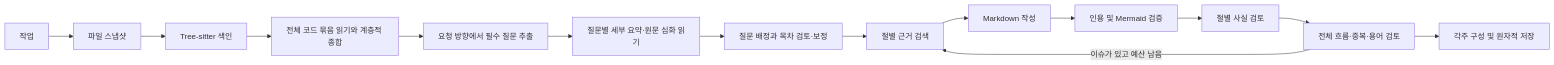
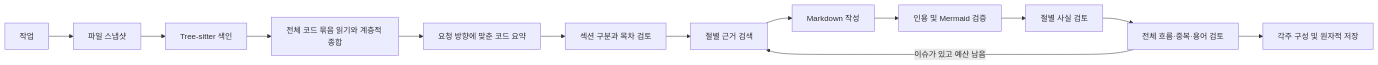
One commit to letspurify-ux/DocCraftAgent changed the diagram in docs/architecture.md. Above: the diagram before and after it, drawn with Mermaid. The commit also changed other lines of this file and 10 other files, not shown here.

````diff
--- a/docs/architecture.md
+++ b/docs/architecture.md
@@ -7,16 +7,15 @@
 ```mermaid
 flowchart LR
  A[작업] --> B[파일 스냅샷]
  B --> C[Tree-sitter 색인]
  C --> C1[전체 코드 묶음 읽기와 계층적 종합]
- C1 --> Q[요청 방향에서 필수 질문 추출]
- Q --> C2[질문별 세부 요약·원문 심화 읽기]
- C2 --> D[질문 배정과 목차 검토·보정]
+ C1 --> C2[요청 방향에 맞춘 코드 요약]
+ C2 --> D[섹션 구분과 목차 검토]
  D --> E[절별 근거 검색]
  E --> F[Markdown 작성]
  F --> G[인용 및 Mermaid 검증]
  G --> H[절별 사실 검토]
  H --> J[전체 흐름·중복·용어 검토]
  J -->|이슈가 있고 예산 남음| E
  J --> I[각주 구성 및 원자적 저장]
 ```
````
